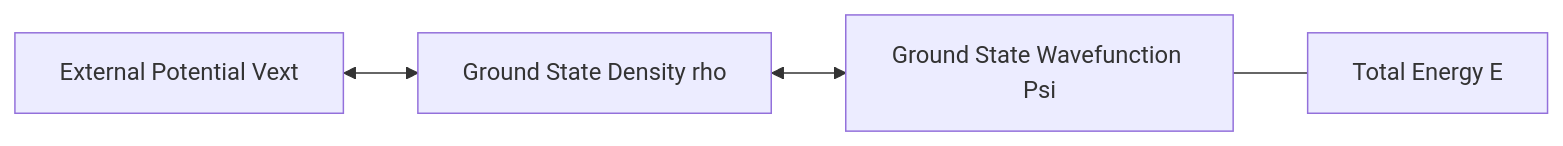
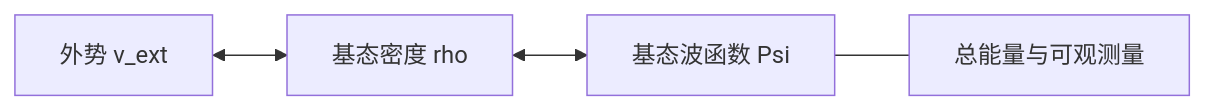
One commit to sunhl4/PandM changed diagram 14 of 20 in materials/learning/classical-chem/learning/量子化学理论基础与方法_合并本.md. Above: the diagram before and after it, drawn with Mermaid. The commit also changed other lines of this file and 3 other files, not shown here.

````diff
--- a/materials/learning/classical-chem/learning/量子化学理论基础与方法_合并本.md
+++ b/materials/learning/classical-chem/learning/量子化学理论基础与方法_合并本.md
@@ -5422,6 +4738,6 @@
 ```mermaid
-graph LR
-    Vext[External Potential Vext] <--> Rho[Ground State Density rho]
-    Rho <--> Psi[Ground State Wavefunction Psi]
-    Psi --- E[Total Energy E]
+flowchart LR
+    Vext["外势 v_ext"] <--> Rho["基态密度 rho"]
+    Rho <--> Psi["基态波函数 Psi"]
+    Psi --- Etot["总能量与可观测量"]
 ```
````
